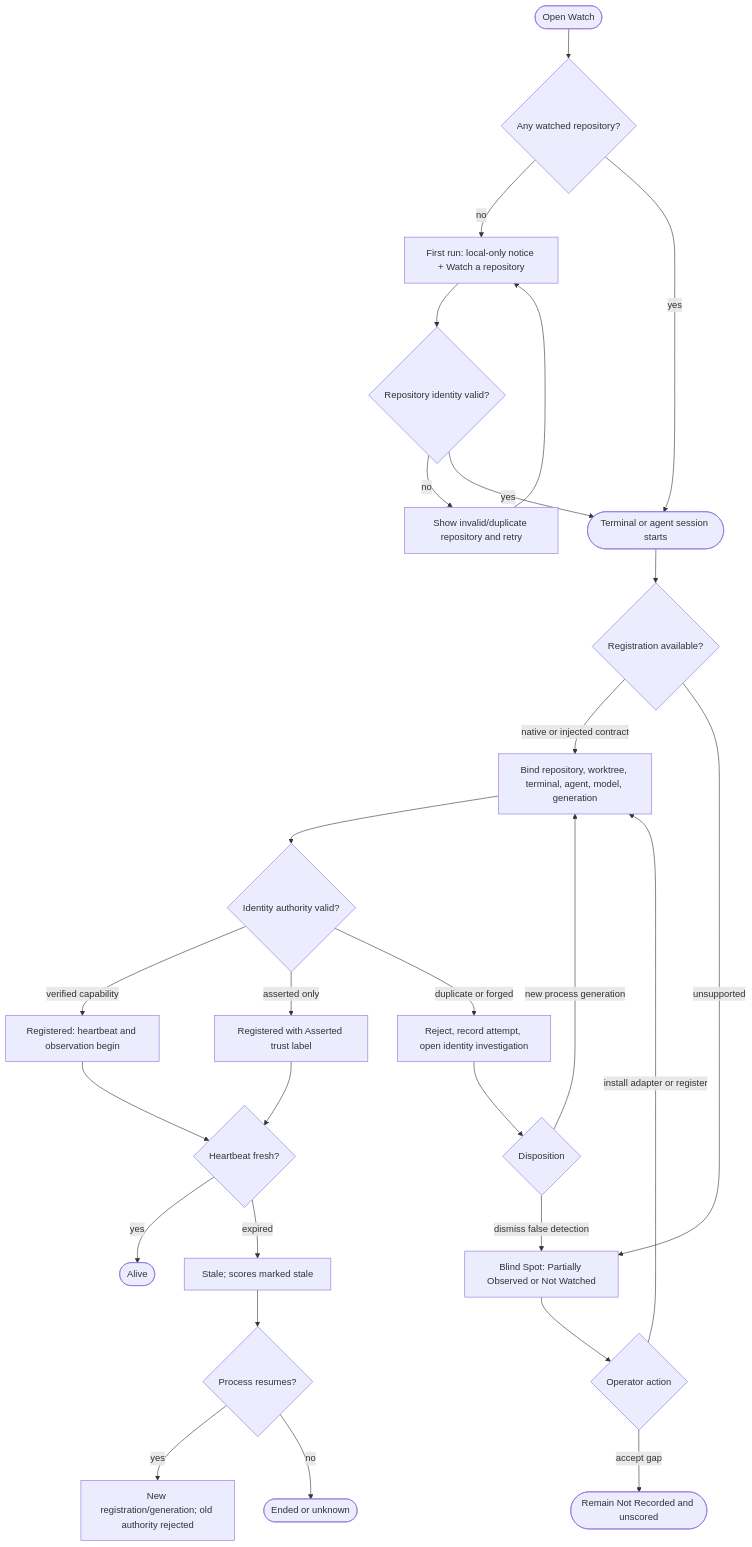
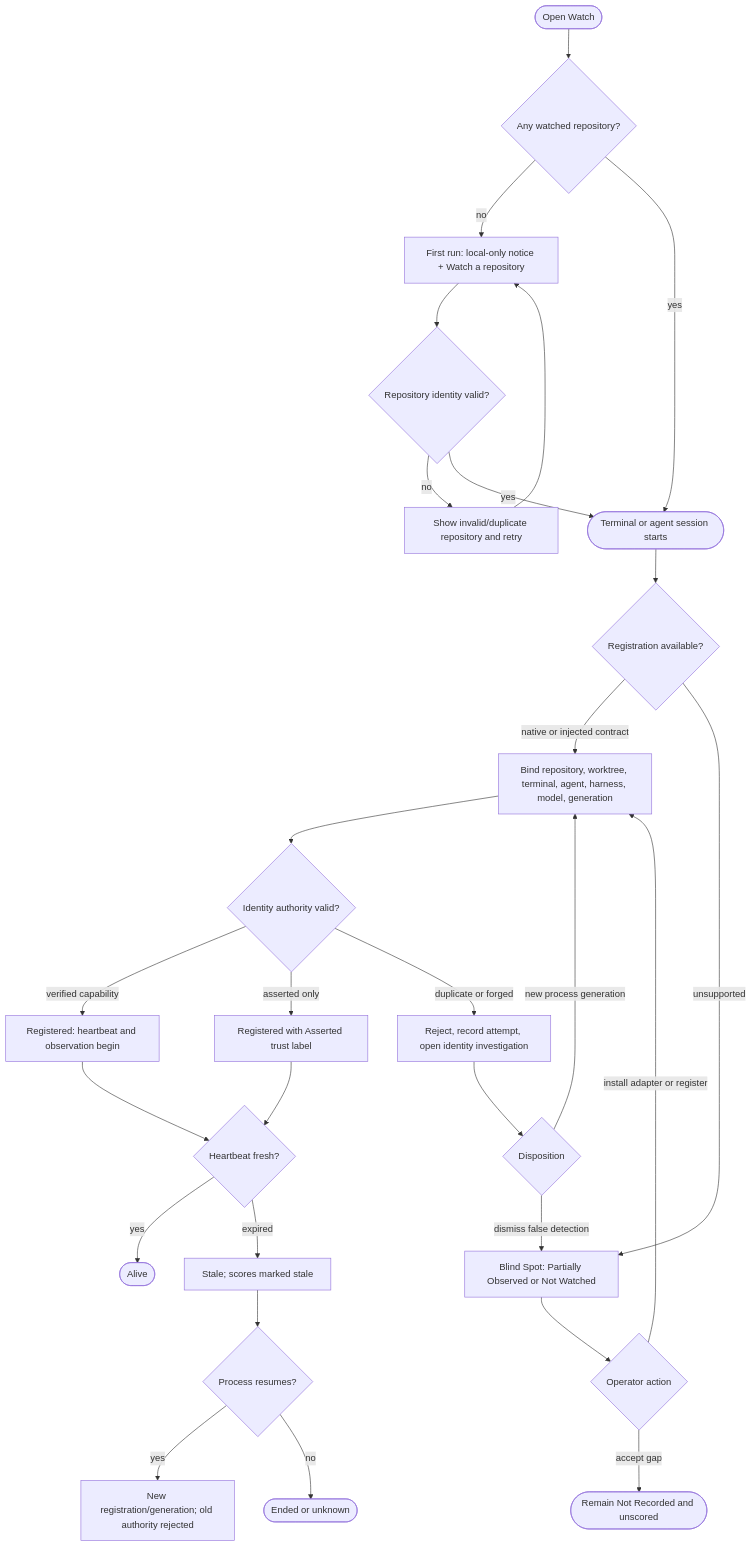
One commit to timianmalloo/ai-de changed the first of 8 diagrams in docs/specs/agentic-watcher-substrate.md. Above: the diagram before and after it, drawn with Mermaid. The commit also changed other lines of this file and 7 other files, not shown here.

First line of the commit message:
Tighten Loomkeeper watcher artifacts and add harness/model scoring, leaderboard, config, and per-turn standing

````diff
--- a/docs/specs/agentic-watcher-substrate.md
+++ b/docs/specs/agentic-watcher-substrate.md
@@ -621,29 +693,29 @@
 ```mermaid
 flowchart TD
   A([Open Watch]) --> B{Any watched repository?}
   B -->|no| C[First run: local-only notice + Watch a repository]
   C --> D{Repository identity valid?}
   D -->|no| E[Show invalid/duplicate repository and retry] --> C
   D -->|yes| F
   B -->|yes| F([Terminal or agent session starts])
   F --> G{Registration available?}
-  G -->|native or injected contract| H[Bind repository, worktree, terminal, agent, model, generation]
+  G -->|native or injected contract| H[Bind repository, worktree, terminal, agent, harness, model, generation]
   G -->|unsupported| I[Blind Spot: Partially Observed or Not Watched]
   H --> J{Identity authority valid?}
   J -->|verified capability| K[Registered: heartbeat and observation begin]
   J -->|asserted only| L[Registered with Asserted trust label]
   J -->|duplicate or forged| M[Reject, record attempt, open identity investigation]
   M --> N{Disposition}
   N -->|new process generation| H
   N -->|dismiss false detection| I
   I --> O{Operator action}
   O -->|install adapter or register| H
   O -->|accept gap| P([Remain Not Recorded and unscored])
   K --> Q{Heartbeat fresh?}
   L --> Q
   Q -->|yes| R([Alive])
   Q -->|expired| S[Stale; scores marked stale]
   S --> T{Process resumes?}
   T -->|yes| U[New registration/generation; old authority rejected]
   T -->|no| V([Ended or unknown])
 ```
````
